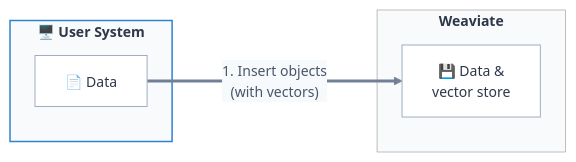
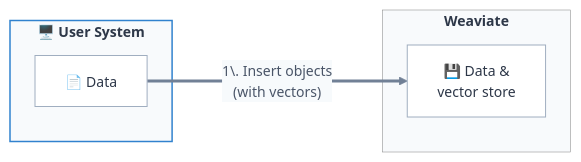
The second of 2 diagrams in docs/weaviate/concepts/search/vector-search.md (weaviate/docs), drawn with Mermaid before and after one commit. The commit also changed other lines of this file and 9 other files, not shown here.

````diff
--- a/docs/weaviate/concepts/search/vector-search.md
+++ b/docs/weaviate/concepts/search/vector-search.md
@@ -115,49 +115,49 @@
 ```mermaid
 %%{init: {
   'theme': 'base',
   'themeVariables': {
     'primaryColor': '#4a5568',
     'primaryTextColor': '#2d3748',
     'primaryBorderColor': '#718096',
     'lineColor': '#718096',
     'secondaryColor': '#f7fafc',
     'tertiaryColor': '#edf2f7',
     'fontFamily': 'Inter, system-ui, sans-serif',
     'fontSize': '14px',
     'lineHeight': '1.4',
     'nodeBorder': '1px',
     'mainBkg': '#ffffff',
     'clusterBkg': '#f8fafc'
   }
 }}%%
 
 flowchart LR
     %% Style definitions
     classDef systemBox fill:#f8fafc,stroke:#3182ce,stroke-width:1.5px,color:#2d3748,font-weight:bold
     classDef weaviateBox fill:#f8fafc,stroke:gray,stroke-width:0.5px,color:#2d3748,font-weight:bold
     classDef component fill:white,stroke:#a0aec0,stroke-width:1px,color:#2d3748
     classDef edgeLabel fill:white,stroke:#e2e8f0,stroke-width:1px,color:#4a5568
 
     %% Weaviate section
     subgraph weaviate["Weaviate"]
         core["💾 Data &\nvector store"]
     end
 
     %% User System
     subgraph user["🖥️ User System"]
         data["📄 Data"]
     end
 
     %% Connections with curved edges
-    data --->|"1. Insert objects\n(with vectors)"| core
+    data --->|"1\. Insert objects\n(with vectors)"| core
 
     %% Apply styles
     class user systemBox
     class weaviate weaviateBox
     class cloud cloudBox
     class provider providerBox
     class data,core,vectorizer,inference component
 
     %% Linkstyle for curved edges
     linkStyle default stroke:#718096,stroke-width:3px,fill:none,background-color:white
 ```
````
